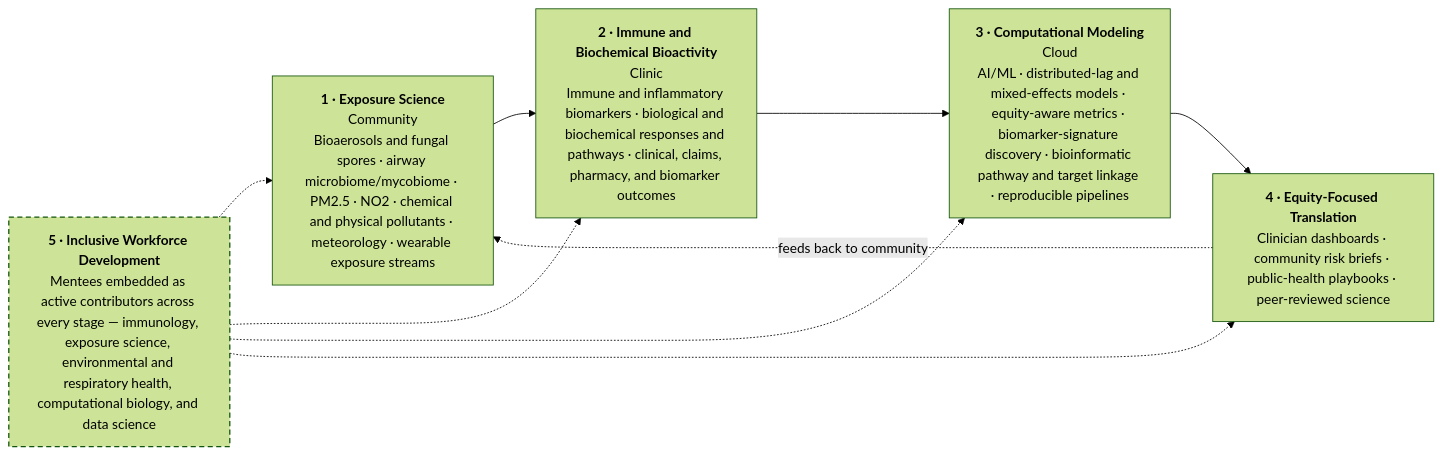
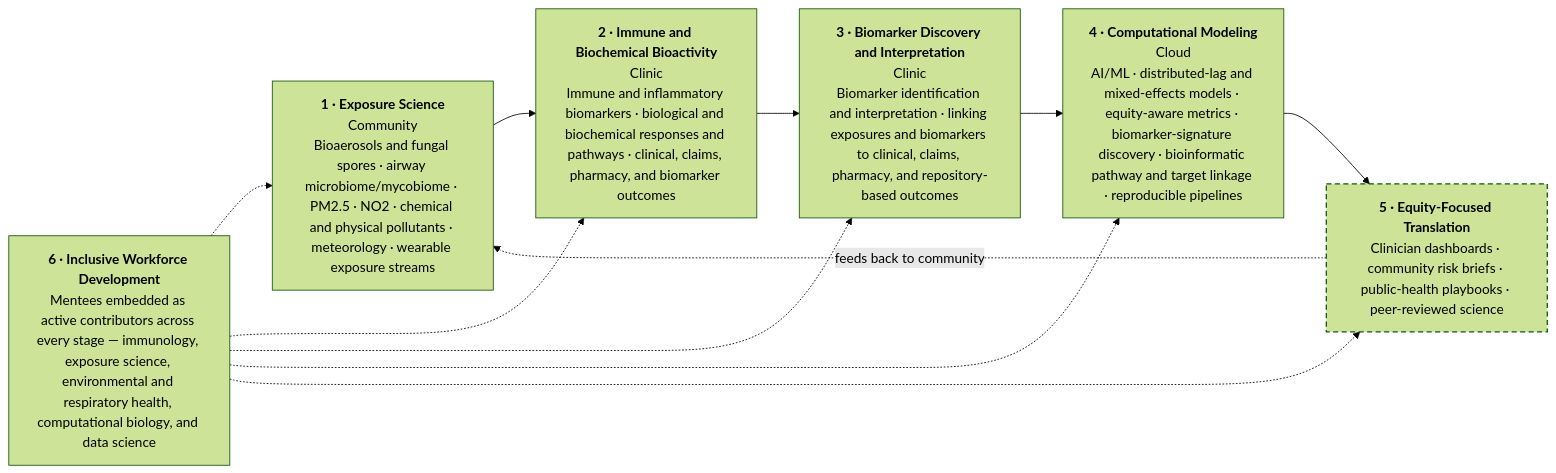
Before and after one commit to riplrt/riplrt-manual-2026: the diagram in chapters/03-scientific-identity.qmd, drawn with Mermaid (forest theme). The commit also changed other lines of this file and 1 other file, not shown here.

Commit message:
Enable external links and split biomarker section
Enable link-external-newwindow in _quarto.yml so HTML external links open in a new window. In chapters/03-scientific-identity.qmd, split the prior Computational Modeling item into a new "Biomarker Discovery and Interpretation" entry and renumber subsequent items; update the flowchart nodes and edges to reflect the new biomarker node and the adjusted sequence and workforce connections.

````diff
--- a/chapters/03-scientific-identity.qmd
+++ b/chapters/03-scientific-identity.qmd
@@ -27,19 +28,21 @@
 ```{mermaid}
 %%| echo: false
 flowchart LR
     A["<b>1 · Exposure Science</b><br/>Community<br/>Bioaerosols and fungal spores · airway microbiome/mycobiome · PM2.5 · NO2 · chemical and physical pollutants · meteorology · wearable exposure streams"]
     B["<b>2 · Immune and Biochemical Bioactivity</b><br/>Clinic<br/>Immune and inflammatory biomarkers · biological and biochemical responses and pathways · clinical, claims, pharmacy, and biomarker outcomes"]
-    C["<b>3 · Computational Modeling</b><br/>Cloud<br/>AI/ML · distributed-lag and mixed-effects models · equity-aware metrics · biomarker-signature discovery · bioinformatic pathway and target linkage · reproducible pipelines"]
-    D["<b>4 · Equity-Focused Translation</b><br/>Clinician dashboards · community risk briefs · public-health playbooks · peer-reviewed science"]
-    E["<b>5 · Inclusive Workforce Development</b><br/>Mentees embedded as active contributors across every stage — immunology, exposure science, environmental and respiratory health, computational biology, and data science"]
+    C["<b>3 · Biomarker Discovery and Interpretation</b><br/>Clinic<br/>Biomarker identification and interpretation · linking exposures and biomarkers to clinical, claims, pharmacy, and repository-based outcomes"]
+    D["<b>4 · Computational Modeling</b><br/>Cloud<br/>AI/ML · distributed-lag and mixed-effects models · equity-aware metrics · biomarker-signature discovery · bioinformatic pathway and target linkage · reproducible pipelines"]
+    E["<b>5 · Equity-Focused Translation</b><br/>Clinician dashboards · community risk briefs · public-health playbooks · peer-reviewed science"]
+    F["<b>6 · Inclusive Workforce Development</b><br/>Mentees embedded as active contributors across every stage — immunology, exposure science, environmental and respiratory health, computational biology, and data science"]
 
-    A --> B --> C --> D
-    D -.->|"feeds back to community"| A
-    E -.-> A
-    E -.-> B
-    E -.-> C
-    E -.-> D
+    A --> B --> C --> D --> E
+    E -.->|"feeds back to community"| A
+    F -.-> A
+    F -.-> B
+    F -.-> C
+    F -.-> D
+    F -.-> E
 
     classDef cross stroke-dasharray:6 4,stroke-width:1.5px;
     class E cross;
 ```
````
